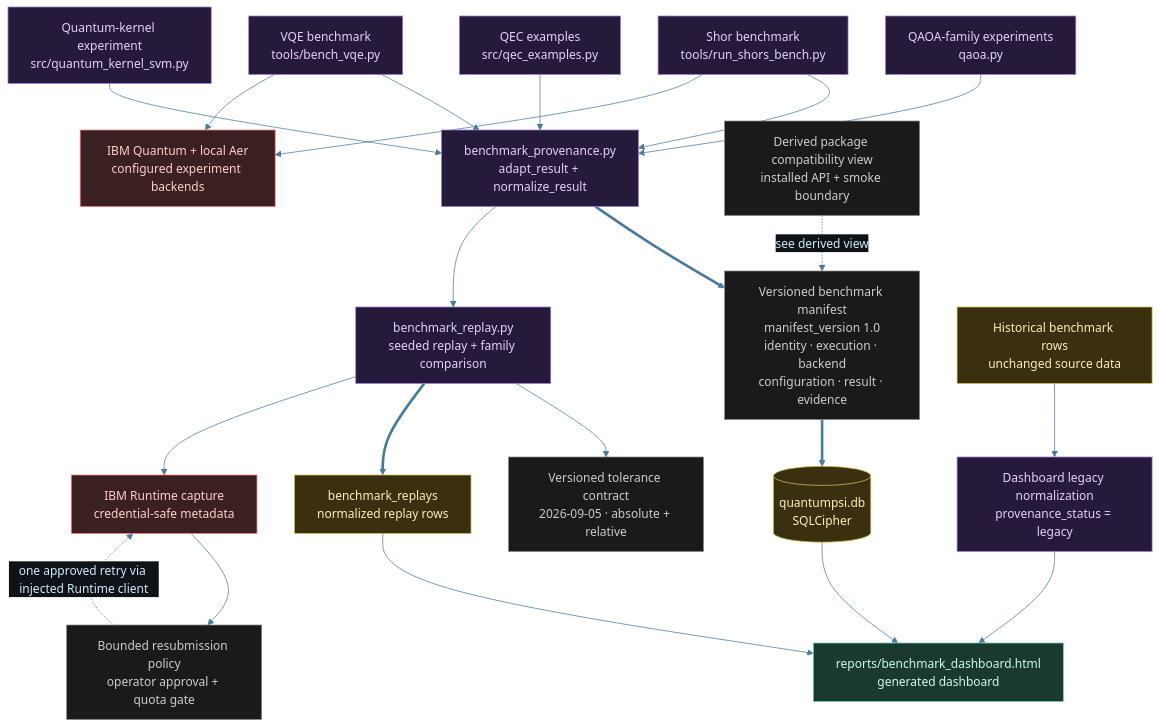
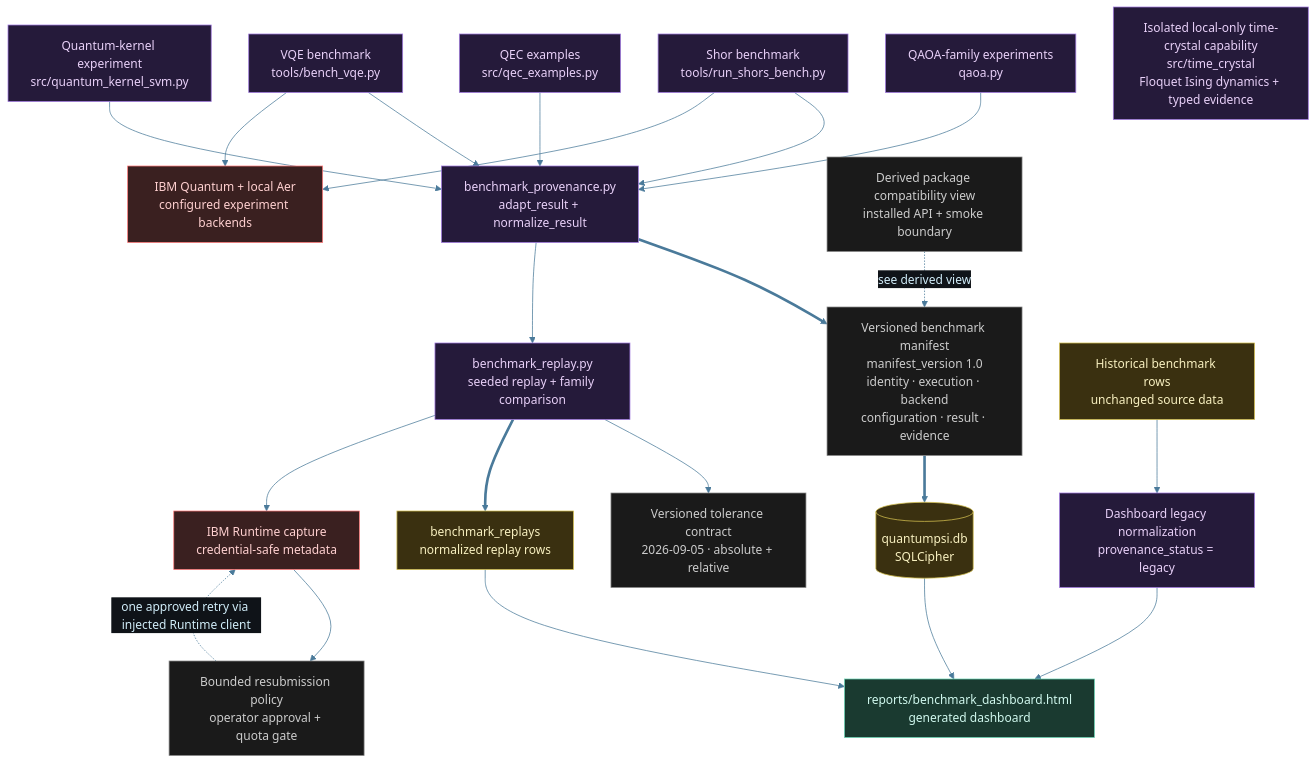
The diagram in diagrams/quantum-architecture.mmd (tylerdrakemusic/Quantum), drawn with Mermaid before and after one commit.

Commit message:
docs: map isolated time crystal capability

```diff
--- a/diagrams/quantum-architecture.mmd
+++ b/diagrams/quantum-architecture.mmd
@@ -1,53 +1,54 @@
 %%{init: {'theme': 'base', 'themeVariables': {'primaryColor': '#1a2e3a', 'primaryTextColor': '#d0ecf8', 'edgeLabelBackground': '#0f1318', 'lineColor': '#4a7a9a'}}}%%
 %% is_derived_view=false
 %% Traceability.derived_views: diagrams/quantum-derived-cache-integrity.mmd, diagrams/quantum-randomness-service.mmd, diagrams/quantum-package-compatibility.mmd
 graph TB
     Shor[Shor benchmark<br/>tools/run_shors_bench.py]:::quantum
     VQE[VQE benchmark<br/>tools/bench_vqe.py]:::quantum
     QAOA[QAOA-family experiments<br/>qaoa.py]:::quantum
     QEC[QEC examples<br/>src/qec_examples.py]:::quantum
     Kernel[Quantum-kernel experiment<br/>src/quantum_kernel_svm.py]:::quantum
     Contract[benchmark_provenance.py<br/>adapt_result + normalize_result]:::quantum
     Replay[benchmark_replay.py<br/>seeded replay + family comparison]:::quantum
     Tolerance[Versioned tolerance contract<br/>2026-09-05 · absolute + relative]:::state
     RuntimeCapture[IBM Runtime capture<br/>credential-safe metadata]:::ext
     RuntimePolicy[Bounded resubmission policy<br/>operator approval + quota gate]:::state
     Manifest[Versioned benchmark manifest<br/>manifest_version 1.0<br/>identity · execution · backend<br/>configuration · result · evidence]:::state
     QuantumDB[(quantumpsi.db<br/>SQLCipher)]:::db
     ReplayRows[benchmark_replays<br/>normalized replay rows]:::db
     Legacy[Historical benchmark rows<br/>unchanged source data]:::db
     Normalize[Dashboard legacy normalization<br/>provenance_status = legacy]:::quantum
     Dashboard[reports/benchmark_dashboard.html<br/>generated dashboard]:::store
     Backends[IBM Quantum + local Aer<br/>configured experiment backends]:::ext
     PackageCompat[Derived package compatibility view<br/>installed API + smoke boundary]:::state
+    TimeCrystal[Isolated local-only time-crystal capability<br/>src/time_crystal<br/>Floquet Ising dynamics + typed evidence]:::quantum
     Shor --> Contract
     VQE --> Contract
     QAOA --> Contract
     QEC --> Contract
     Kernel --> Contract
     Contract ==> Manifest
     Contract --> Replay
     Replay --> Tolerance
     Replay ==> ReplayRows
     Replay --> RuntimeCapture
     RuntimeCapture --> RuntimePolicy
     RuntimePolicy -.->|"one approved retry via injected Runtime client"| RuntimeCapture
     Shor --> Backends
     VQE --> Backends
     Manifest ==> QuantumDB
     ReplayRows --> Dashboard
     Legacy --> Normalize
     Normalize --> Dashboard
     QuantumDB --> Dashboard
     PackageCompat -.->|"see derived view"| Manifest
 
 classDef life     fill:#1a2e3a,stroke:#6ab4d4,color:#d0ecf8
 classDef music    fill:#3a1a24,stroke:#d47a8f,color:#f8d0dc
 classDef quantum  fill:#251a3a,stroke:#a07adf,color:#e8d0f8
 classDef manifest fill:#3a2e1a,stroke:#d4a96a,color:#f8ead0
 classDef ws       fill:#1a3a30,stroke:#6ad4b4,color:#d0f8ee
 classDef tyler    fill:#2a1a3a,stroke:#9e4aff,color:#fff
 classDef ext      fill:#3a2020,stroke:#ff7a7a,color:#ffd0d0
 classDef db       fill:#3a3010,stroke:#d4c050,color:#f8f0c0
 classDef state    fill:#1a1a1a,stroke:#888888,color:#cccccc
 classDef store    fill:#1a3a30,stroke:#6ad4b4,color:#d0f8ee
```
